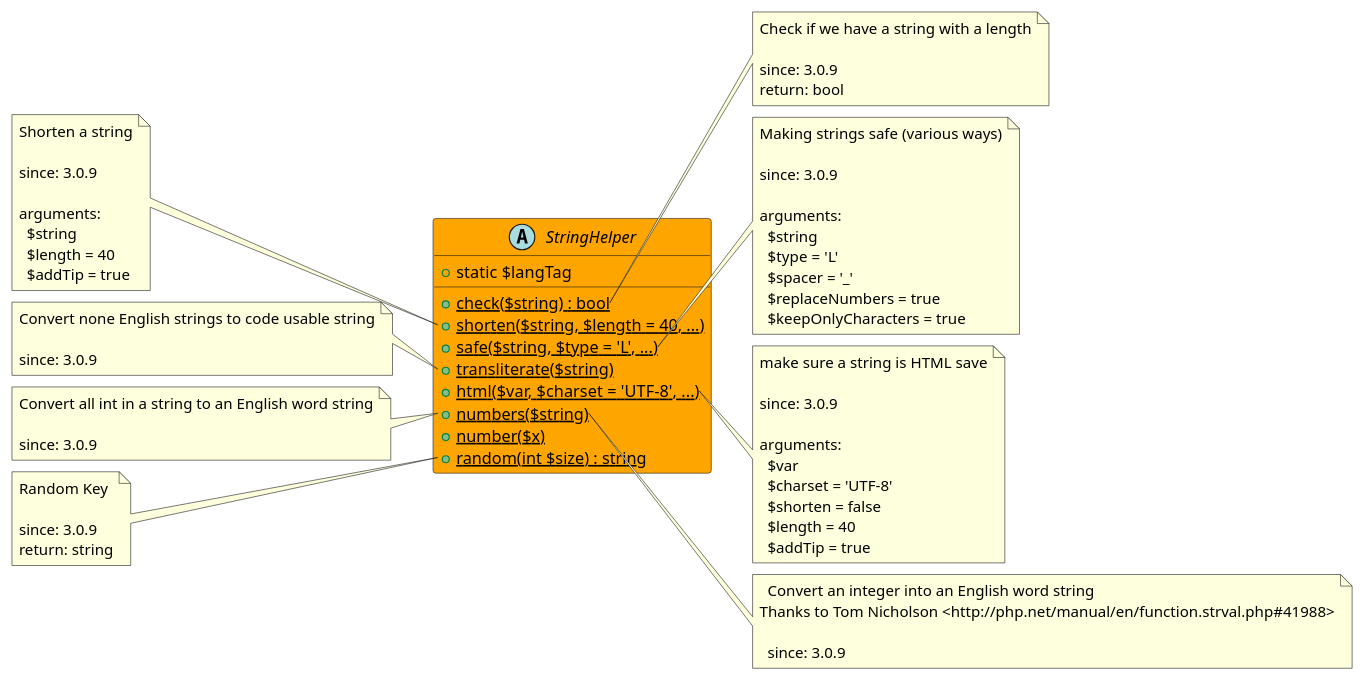
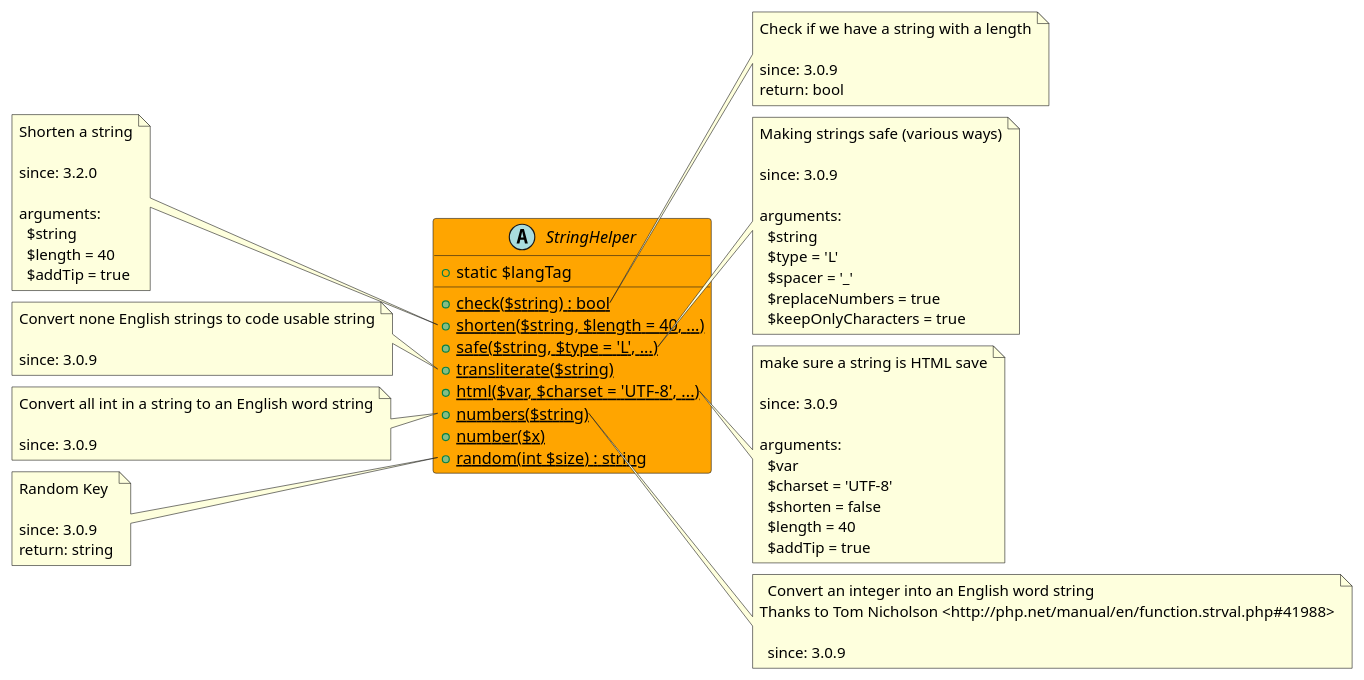
One commit to joomengine/super-powers changed the diagram in src/1f28cb53-60d9-4db1-b517-3c7dc6b429ef/README.md. Above: the diagram before and after it, drawn with PlantUML. The commit also changed 39 other files, not shown here.

```diff
--- a/src/1f28cb53-60d9-4db1-b517-3c7dc6b429ef/README.md
+++ b/src/1f28cb53-60d9-4db1-b517-3c7dc6b429ef/README.md
@@ -32,7 +32,7 @@
 note left of StringHelper::shorten
   Shorten a string
 
-  since: 3.0.9
+  since: 3.2.0
   
   arguments:
     $string
```
